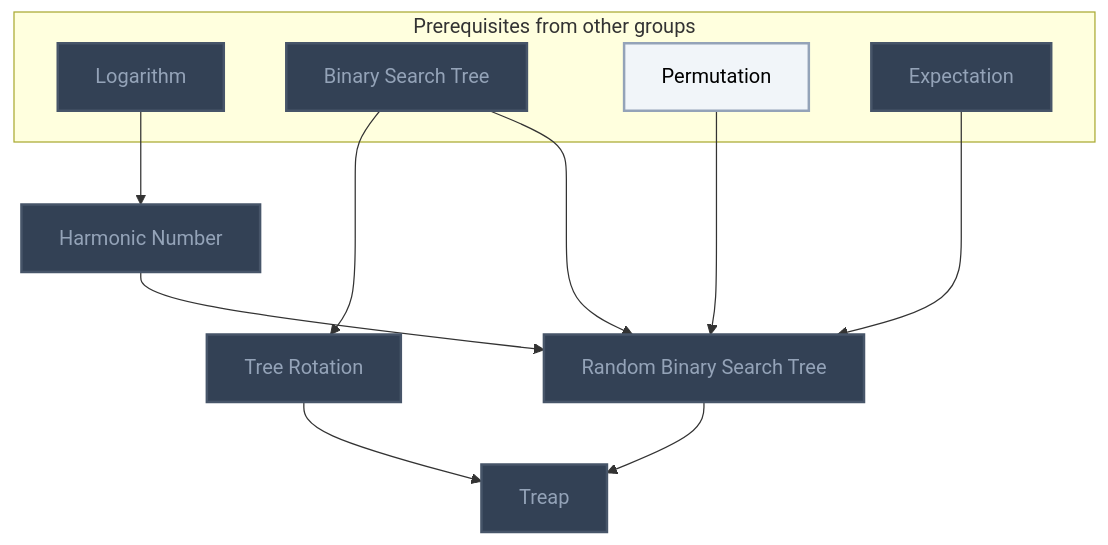
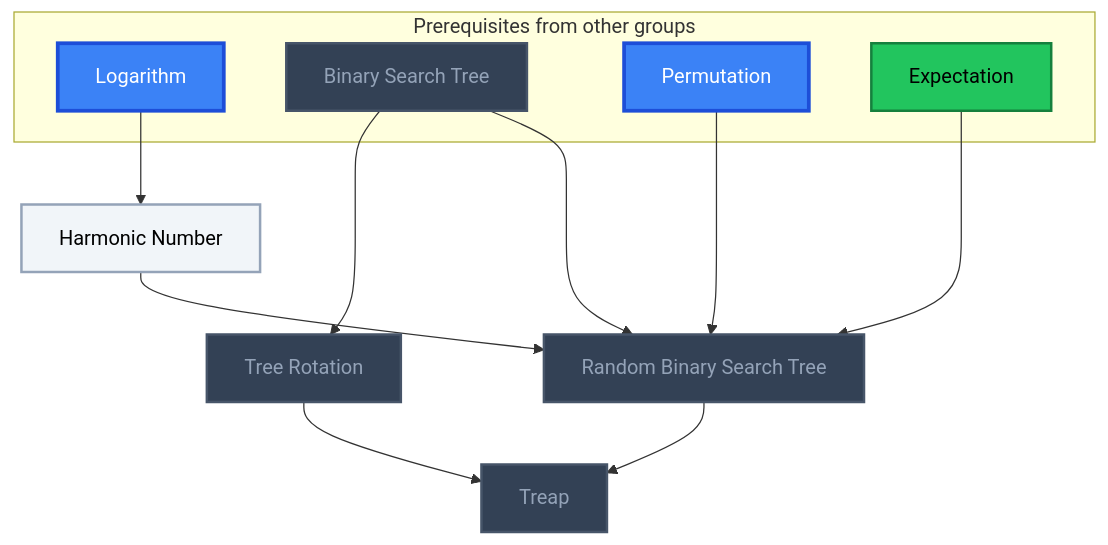
The ninth of 17 diagrams in Gamification/Skill Trees/Data Structures and Algorithms.md (MRauf1/My-Notes), drawn with Mermaid before and after one commit. The commit also changed other lines of this file and 145 other files, not shown here.

````diff
--- a/Gamification/Skill Trees/Data Structures and Algorithms.md
+++ b/Gamification/Skill Trees/Data Structures and Algorithms.md
@@ -309,33 +313,35 @@
 ```mermaid
 flowchart TD
     classDef planned fill:#1E293B,stroke:#64748B,stroke-width:2px,stroke-dasharray:5 5,color:#94A3B8;
     classDef locked fill:#334155,stroke:#475569,stroke-width:2px,color:#94A3B8;
     classDef L0 fill:#F1F5F9,stroke:#94A3B8,stroke-width:2px,color:#000000;
     classDef L1 fill:#22C55E,stroke:#15803D,stroke-width:2px,color:#000000;
     classDef L2 fill:#3B82F6,stroke:#1D4ED8,stroke-width:3px,color:#FFFFFF;
     classDef L3 fill:#A855F7,stroke:#6B21A8,stroke-width:3px,color:#FFFFFF,font-weight:bold;
     classDef L4 fill:#F97316,stroke:#C2410C,stroke-width:4px,color:#000000,font-weight:bold;
     classDef L5 fill:#FFD700,stroke:#FF8C00,stroke-width:5px,color:#000000,font-weight:bold;
     classDef rusty stroke:#8B4513,stroke-width:4px,stroke-dasharray:3 3;
     subgraph sg_prereqs["Prerequisites from other groups"]
         n_logarithm["Logarithm"]
         n_binary_search_tree["Binary Search Tree"]
         n_permutation["Permutation"]
         n_expectation["Expectation"]
     end
     n_harmonic_number["Harmonic Number"]
     n_random_binary_search_tree["Random Binary Search Tree"]
     n_tree_rotation["Tree Rotation"]
     n_treap["Treap"]
     n_logarithm --> n_harmonic_number
     n_binary_search_tree --> n_random_binary_search_tree
     n_permutation --> n_random_binary_search_tree
     n_harmonic_number --> n_random_binary_search_tree
     n_expectation --> n_random_binary_search_tree
     n_binary_search_tree --> n_tree_rotation
     n_random_binary_search_tree --> n_treap
     n_tree_rotation --> n_treap
-    class n_logarithm,n_binary_search_tree,n_expectation,n_harmonic_number,n_random_binary_search_tree,n_tree_rotation,n_treap locked;
-    class n_permutation L0;
+    class n_binary_search_tree,n_random_binary_search_tree,n_tree_rotation,n_treap locked;
+    class n_harmonic_number L0;
+    class n_expectation L1;
+    class n_logarithm,n_permutation L2;
     class n_logarithm,n_binary_search_tree,n_permutation,n_expectation,n_harmonic_number,n_random_binary_search_tree,n_tree_rotation,n_treap internal-link;
 ```
````
